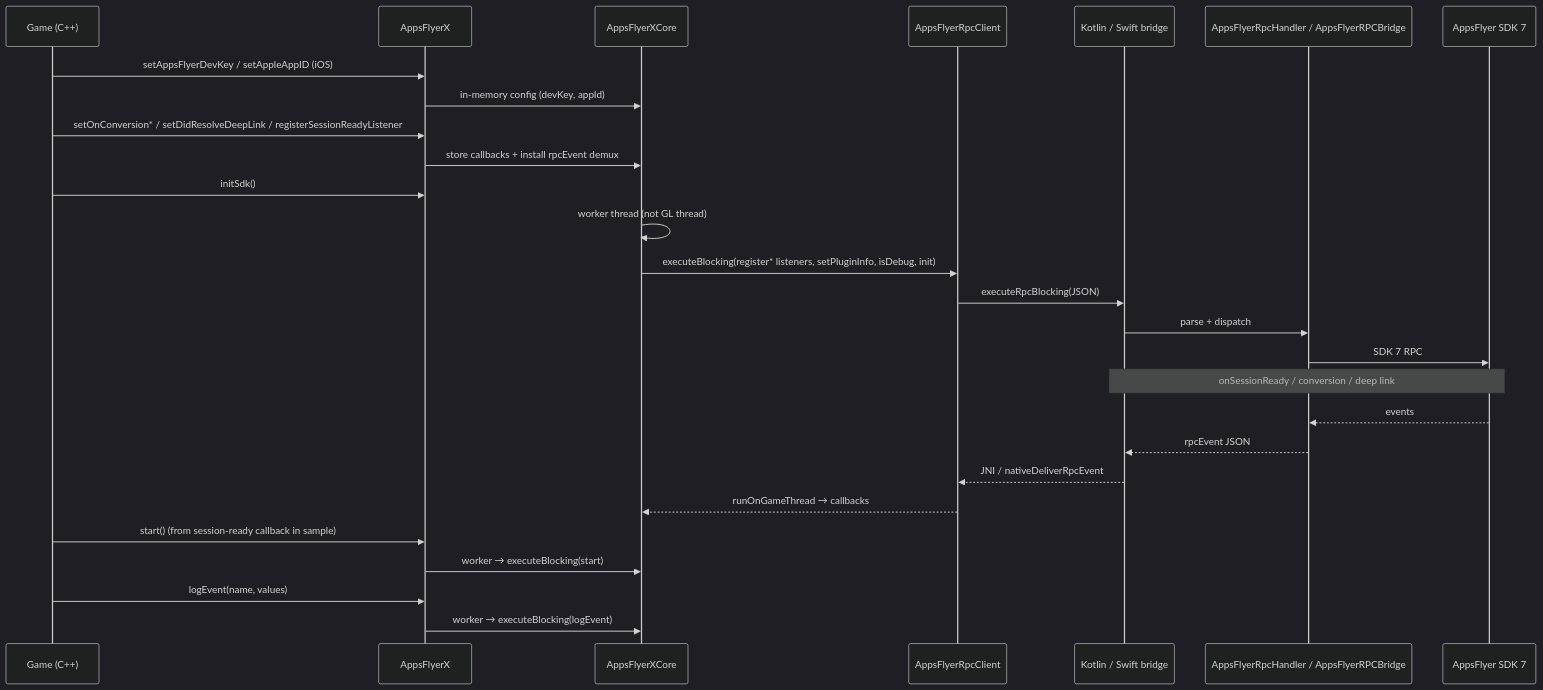
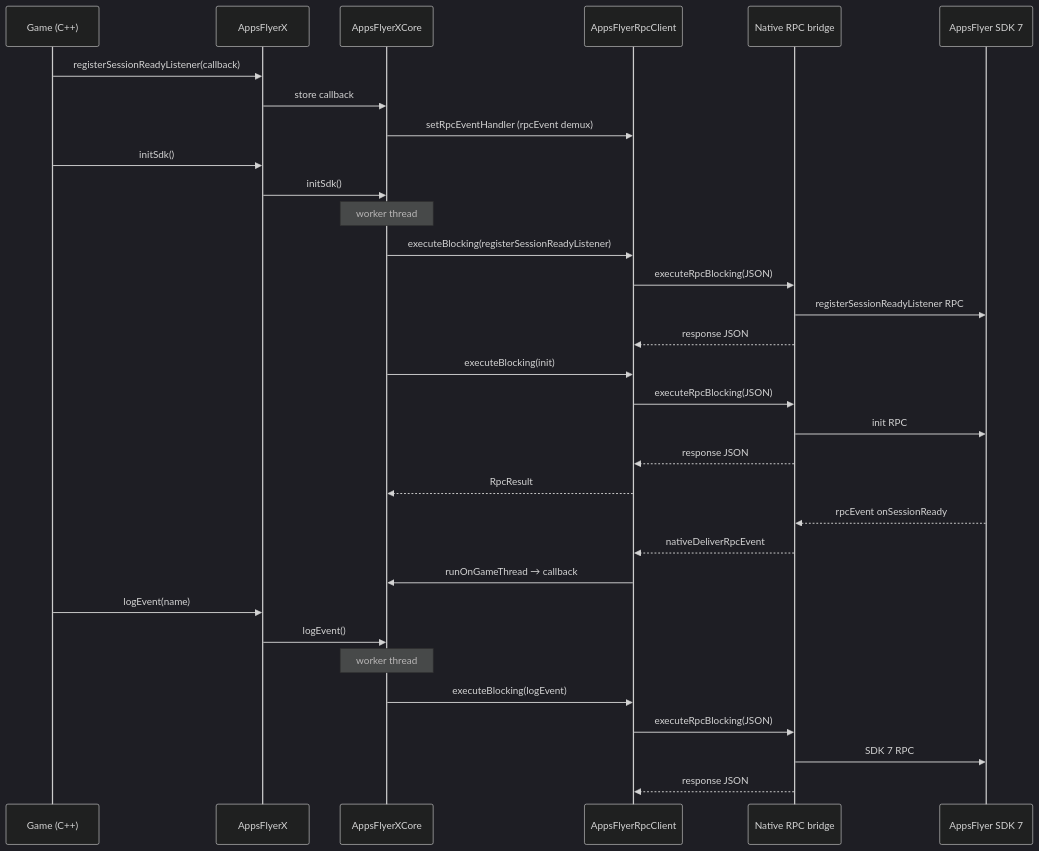
Before and after one commit to AppsFlyerSDK/appsflyer-cocos2dx-plugin: the second of 2 diagrams in internal-docs/PHASE1-TECH-DESIGN.md, drawn with Mermaid (dark theme). The commit also changed other lines of this file and 48 other files, not shown here.

First line of the commit message:
Phase 2: schema-driven RPC API, AppsFlyerTask, and codegen.

````diff
--- a/internal-docs/PHASE1-TECH-DESIGN.md
+++ b/internal-docs/PHASE1-TECH-DESIGN.md
@@ -128,35 +137,38 @@
 ```mermaid
 sequenceDiagram
     participant App as Game (C++)
     participant X as AppsFlyerX
     participant Core as AppsFlyerXCore
     participant RPC as AppsFlyerRpcClient
-    participant Bridge as Kotlin / Swift bridge
-    participant Handler as AppsFlyerRpcHandler / AppsFlyerRPCBridge
+    participant Bridge as Native RPC bridge
     participant SDK as AppsFlyer SDK 7
 
-    App->>X: setAppsFlyerDevKey / setAppleAppID (iOS)
-    X->>Core: in-memory config (devKey, appId)
-
-    App->>X: setOnConversion* / setDidResolveDeepLink / registerSessionReadyListener
-    X->>Core: store callbacks + install rpcEvent demux
+    App->>X: registerSessionReadyListener(callback)
+    X->>Core: store callback
+    Core->>RPC: setRpcEventHandler (rpcEvent demux)
 
     App->>X: initSdk()
-    Core->>Core: worker thread (not GL thread)
-    Core->>RPC: executeBlocking(register* listeners, setPluginInfo, isDebug, init)
+    X->>Core: initSdk()
+    Note over Core: worker thread
+    Core->>RPC: executeBlocking(registerSessionReadyListener)
     RPC->>Bridge: executeRpcBlocking(JSON)
-    Bridge->>Handler: parse + dispatch
-    Handler->>SDK: SDK 7 RPC
+    Bridge->>SDK: registerSessionReadyListener RPC
+    Bridge-->>RPC: response JSON
+    Core->>RPC: executeBlocking(init)
+    RPC->>Bridge: executeRpcBlocking(JSON)
+    Bridge->>SDK: init RPC
+    Bridge-->>RPC: response JSON
+    RPC-->>Core: RpcResult
 
-    Note over SDK,Bridge: onSessionReady / conversion / deep link
-    SDK-->>Handler: events
-    Handler-->>Bridge: rpcEvent JSON
-    Bridge-->>RPC: JNI / nativeDeliverRpcEvent
-    RPC-->>Core: runOnGameThread → callbacks
+    SDK-->>Bridge: rpcEvent onSessionReady
+    Bridge-->>RPC: nativeDeliverRpcEvent
+    RPC->>Core: runOnGameThread → callback
 
-    App->>X: start() (from session-ready callback in sample)
-    X->>Core: worker → executeBlocking(start)
-
-    App->>X: logEvent(name, values)
-    X->>Core: worker → executeBlocking(logEvent)
+    App->>X: logEvent(name)
+    X->>Core: logEvent()
+    Note over Core: worker thread
+    Core->>RPC: executeBlocking(logEvent)
+    RPC->>Bridge: executeRpcBlocking(JSON)
+    Bridge->>SDK: SDK 7 RPC
+    Bridge-->>RPC: response JSON
 ```
````
